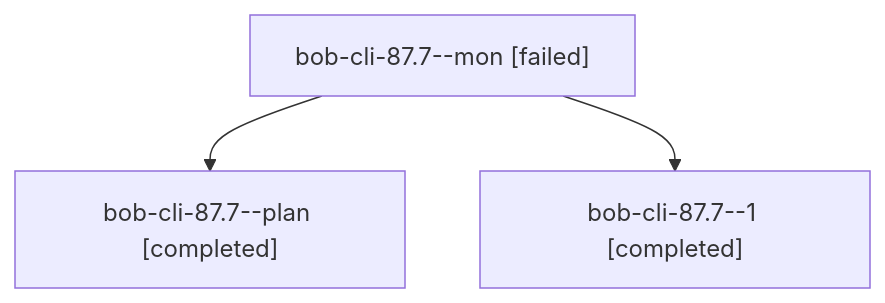
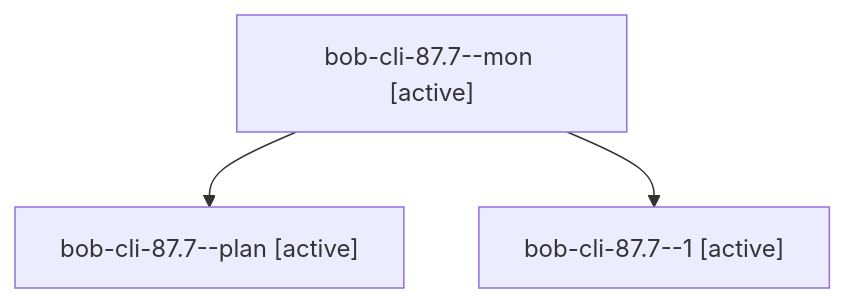
The diagram in sessions/bbugyi200.athena.bob-cli-87.7.md (bobs-org/bob-cli--agents), drawn with Mermaid before and after one commit. The commit also changed other lines of this file and 481 other files, not shown here.

````diff
--- a/sessions/bbugyi200.athena.bob-cli-87.7.md
+++ b/sessions/bbugyi200.athena.bob-cli-87.7.md
@@ -9,8 +9,8 @@
 ```mermaid
 flowchart TD
-  n0["bob-cli-87.7--mon [failed]"]
-  n1["bob-cli-87.7--plan [completed]"]
+  n0["bob-cli-87.7--mon [active]"]
+  n1["bob-cli-87.7--plan [active]"]
   n0 --> n1
-  n2["bob-cli-87.7--1 [completed]"]
+  n2["bob-cli-87.7--1 [active]"]
   n0 --> n2
 ```
````
